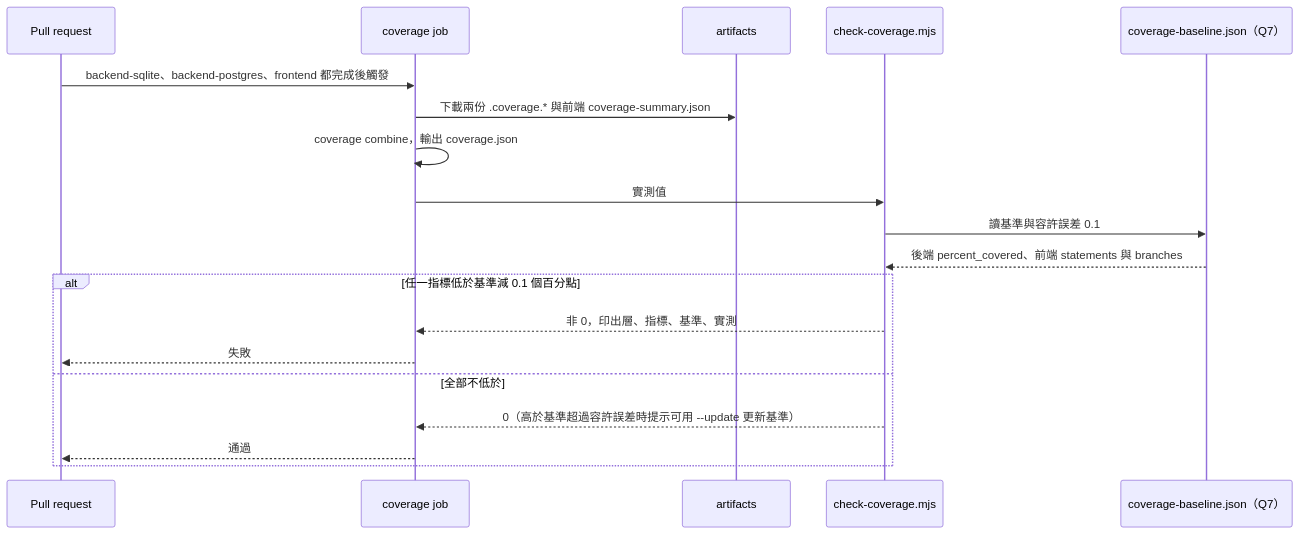
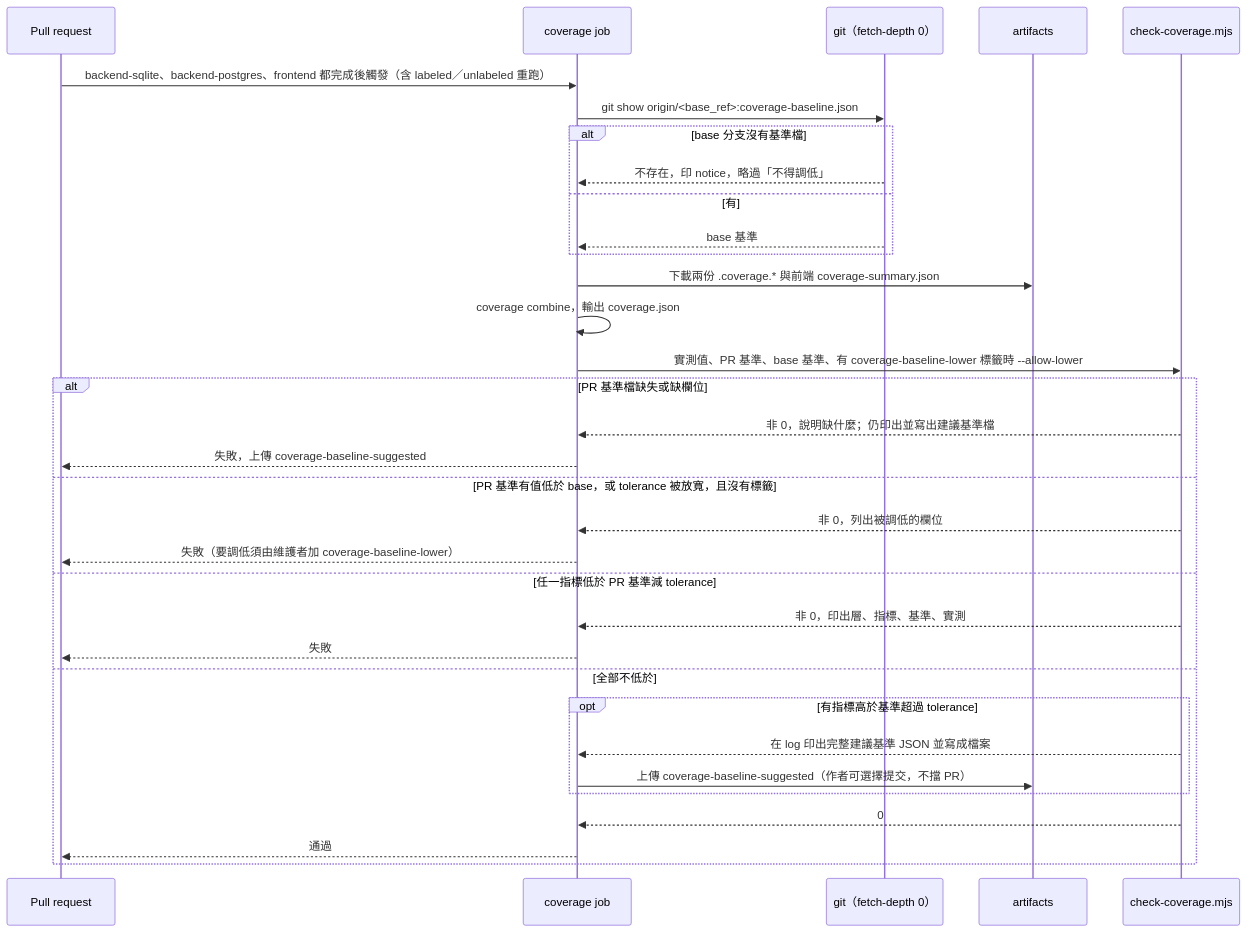
One commit to label-suite/label-suite changed the ninth of 13 diagrams in openspec/changes/infra-compose-e2e-ci/system-design.md. Above: the diagram before and after it, drawn with Mermaid. The commit also changed other lines of this file, not shown here.

First line of the commit message:
docs: close coverage and compose gaps found in planning review (#506)

````diff
--- a/openspec/changes/infra-compose-e2e-ci/system-design.md
+++ b/openspec/changes/infra-compose-e2e-ci/system-design.md
@@ -490,21 +521,35 @@
 ```mermaid
 sequenceDiagram
   participant PR as Pull request
   participant Job as coverage job
+  participant Git as git（fetch-depth 0）
   participant Art as artifacts
   participant Cmp as check-coverage.mjs
-  participant Base as coverage-baseline.json（Q7）
-  PR->>Job: backend-sqlite、backend-postgres、frontend 都完成後觸發
+  PR->>Job: backend-sqlite、backend-postgres、frontend 都完成後觸發（含 labeled／unlabeled 重跑）
+  Job->>Git: git show origin/<base_ref>:coverage-baseline.json
+  alt base 分支沒有基準檔
+    Git-->>Job: 不存在，印 notice，略過「不得調低」
+  else 有
+    Git-->>Job: base 基準
+  end
   Job->>Art: 下載兩份 .coverage.* 與前端 coverage-summary.json
   Job->>Job: coverage combine，輸出 coverage.json
-  Job->>Cmp: 實測值
-  Cmp->>Base: 讀基準與容許誤差 0.1
-  Base-->>Cmp: 後端 percent_covered、前端 statements 與 branches
-  alt 任一指標低於基準減 0.1 個百分點
+  Job->>Cmp: 實測值、PR 基準、base 基準、有 coverage-baseline-lower 標籤時 --allow-lower
+  alt PR 基準檔缺失或缺欄位
+    Cmp-->>Job: 非 0，說明缺什麼；仍印出並寫出建議基準檔
+    Job-->>PR: 失敗，上傳 coverage-baseline-suggested
+  else PR 基準有值低於 base，或 tolerance 被放寬，且沒有標籤
+    Cmp-->>Job: 非 0，列出被調低的欄位
+    Job-->>PR: 失敗（要調低須由維護者加 coverage-baseline-lower）
+  else 任一指標低於 PR 基準減 tolerance
     Cmp-->>Job: 非 0，印出層、指標、基準、實測
     Job-->>PR: 失敗
   else 全部不低於
-    Cmp-->>Job: 0（高於基準超過容許誤差時提示可用 --update 更新基準）
+    opt 有指標高於基準超過 tolerance
+      Cmp-->>Job: 在 log 印出完整建議基準 JSON 並寫成檔案
+      Job->>Art: 上傳 coverage-baseline-suggested（作者可選擇提交，不擋 PR）
+    end
+    Cmp-->>Job: 0
     Job-->>PR: 通過
   end
 ```
````
